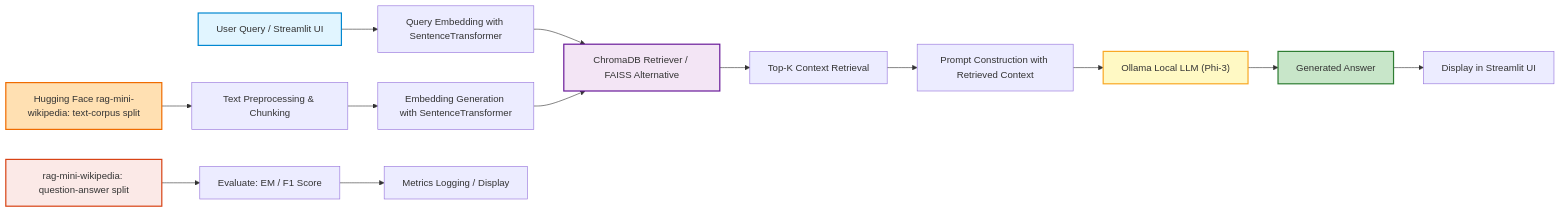
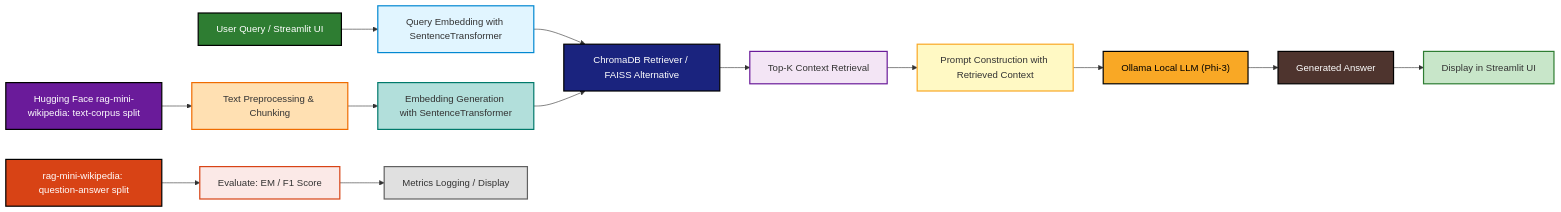
Before and after one commit to shamilop100/Offline-Wikipedia-RAG-System-Using-Local-LLM-and-Sentence-Transformers: the diagram in README.md, drawn with Mermaid.

````diff
--- a/README.md
+++ b/README.md
@@ -71,30 +71,41 @@
 ```mermaid
 graph LR
     %% User query flow
     A["User Query / Streamlit UI"] --> B["Query Embedding with SentenceTransformer"]
     B --> C["ChromaDB Retriever / FAISS Alternative"]
     C --> D["Top-K Context Retrieval"]
     D --> E["Prompt Construction with Retrieved Context"]
     E --> F["Ollama Local LLM (Phi-3)"]
     F --> G["Generated Answer"]
     G --> H["Display in Streamlit UI"]
 
     %% Dataset flow
     I["Hugging Face rag-mini-wikipedia: text-corpus split"] --> J["Text Preprocessing & Chunking"]
     J --> K["Embedding Generation with SentenceTransformer"]
     K --> C
 
     %% Evaluation flow
     L["rag-mini-wikipedia: question-answer split"] --> M["Evaluate: EM / F1 Score"]
     M --> N["Metrics Logging / Display"]
 
-    %% Styling
-    style A fill:#e1f5ff,stroke:#0288d1,stroke-width:2px
-    style G fill:#c8e6c9,stroke:#2e7d32,stroke-width:2px
-    style F fill:#fff9c4,stroke:#f9a825,stroke-width:2px
-    style C fill:#f3e5f5,stroke:#6a1b9a,stroke-width:2px
-    style I fill:#ffe0b2,stroke:#ef6c00,stroke-width:2px
-    style L fill:#fbe9e7,stroke:#d84315,stroke-width:2px
+    %% Styling for contrast
+    style A fill:#2e7d32,stroke:#000000,stroke-width:2px,color:#ffffff
+    style I fill:#6a1b9a,stroke:#000000,stroke-width:2px,color:#ffffff
+    style L fill:#d84315,stroke:#000000,stroke-width:2px,color:#ffffff
+    style C fill:#1a237e,stroke:#000000,stroke-width:2px,color:#ffffff
+    style F fill:#f9a825,stroke:#000000,stroke-width:2px,color:#000000
+    style G fill:#4e342e,stroke:#000000,stroke-width:2px,color:#ffffff
+
+    %% Other nodes default styling
+    style B fill:#e1f5ff,stroke:#0288d1,stroke-width:2px
+    style D fill:#f3e5f5,stroke:#6a1b9a,stroke-width:2px
+    style E fill:#fff9c4,stroke:#f9a825,stroke-width:2px
+    style H fill:#c8e6c9,stroke:#2e7d32,stroke-width:2px
+    style J fill:#ffe0b2,stroke:#ef6c00,stroke-width:2px
+    style K fill:#b2dfdb,stroke:#00796b,stroke-width:2px
+    style M fill:#fbe9e7,stroke:#d84315,stroke-width:2px
+    style N fill:#e0e0e0,stroke:#616161,stroke-width:2px
+
 
 
 ```
````
